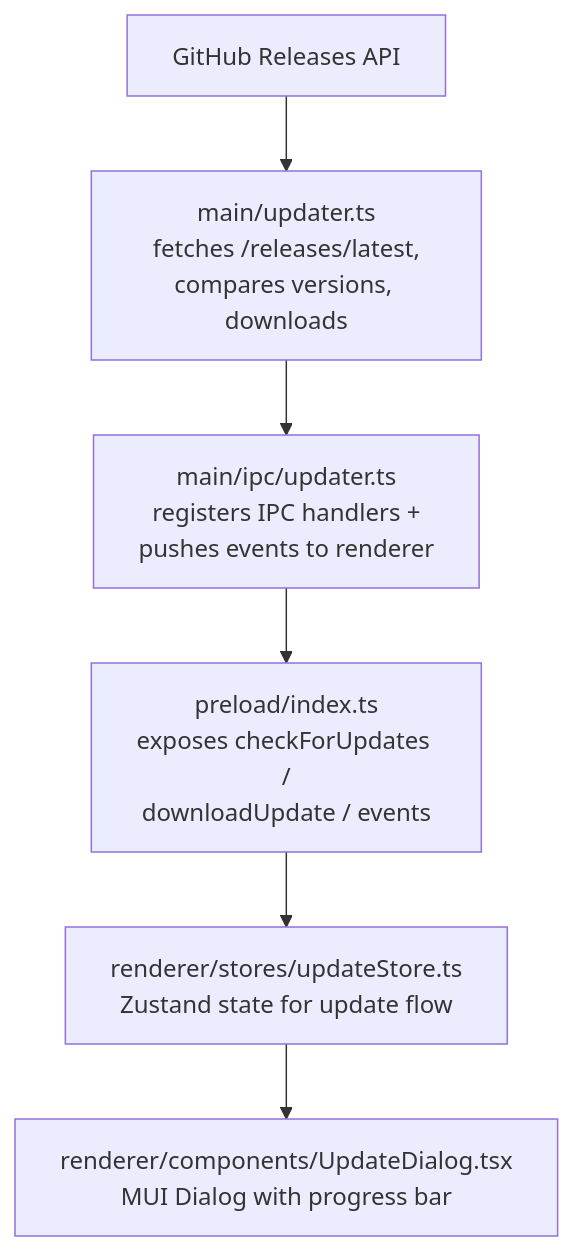
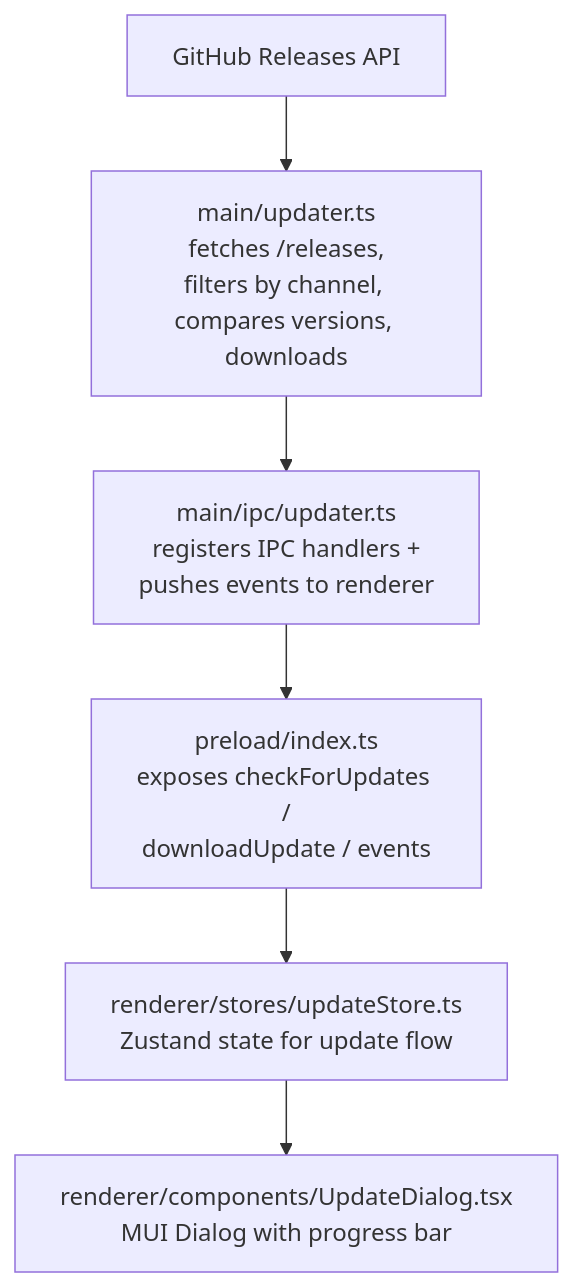
The diagram in site/locales/pt/docs/update-manager.md (Sandeepv68/EncodeX), drawn with Mermaid before and after one commit. The commit also changed other lines of this file and 139 other files, not shown here.

````diff
--- a/site/locales/pt/docs/update-manager.md
+++ b/site/locales/pt/docs/update-manager.md
@@ -9,8 +9,8 @@
 ```mermaid
 flowchart TD
-    GH["GitHub Releases API"] --> U["main/updater.ts<br/>fetches /releases/latest,<br/>compares versions, downloads"]
+    GH["GitHub Releases API"] --> U["main/updater.ts<br/>fetches /releases,<br/>filters by channel, compares versions, downloads"]
     U --> I["main/ipc/updater.ts<br/>registers IPC handlers +<br/>pushes events to renderer"]
     I --> P["preload/index.ts<br/>exposes checkForUpdates /<br/>downloadUpdate / events"]
     P --> S["renderer/stores/updateStore.ts<br/>Zustand state for update flow"]
     S --> D2["renderer/components/UpdateDialog.tsx<br/>MUI Dialog with progress bar"]
 ```
````
